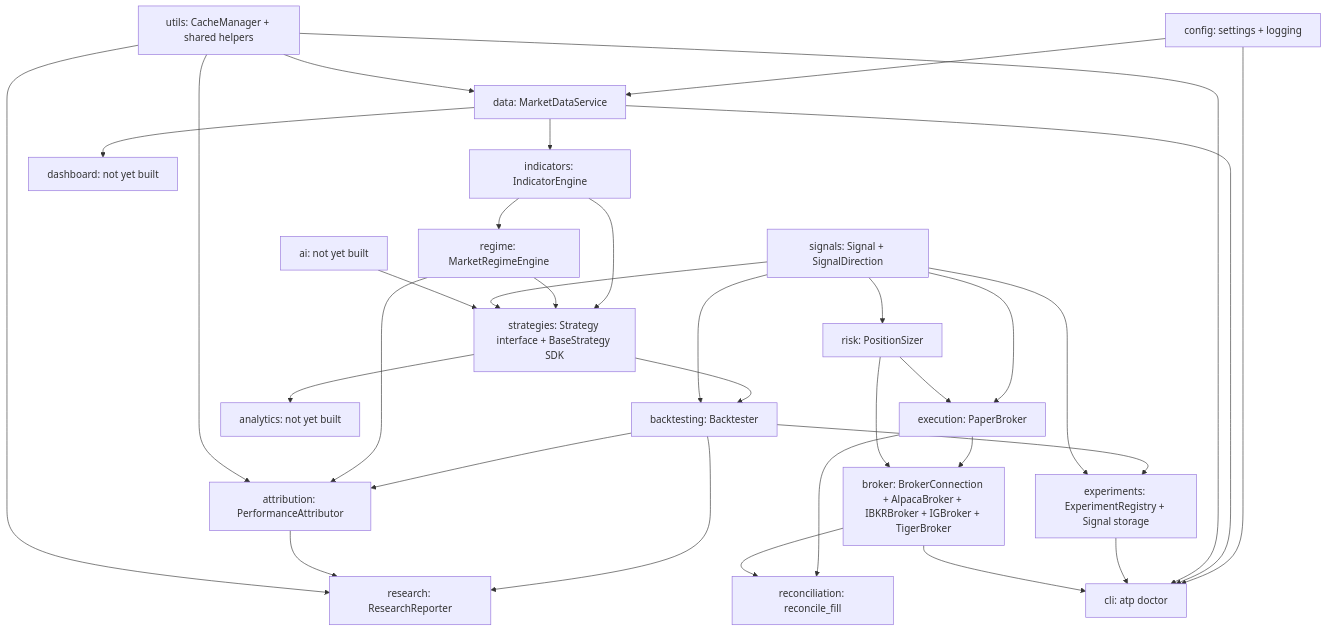
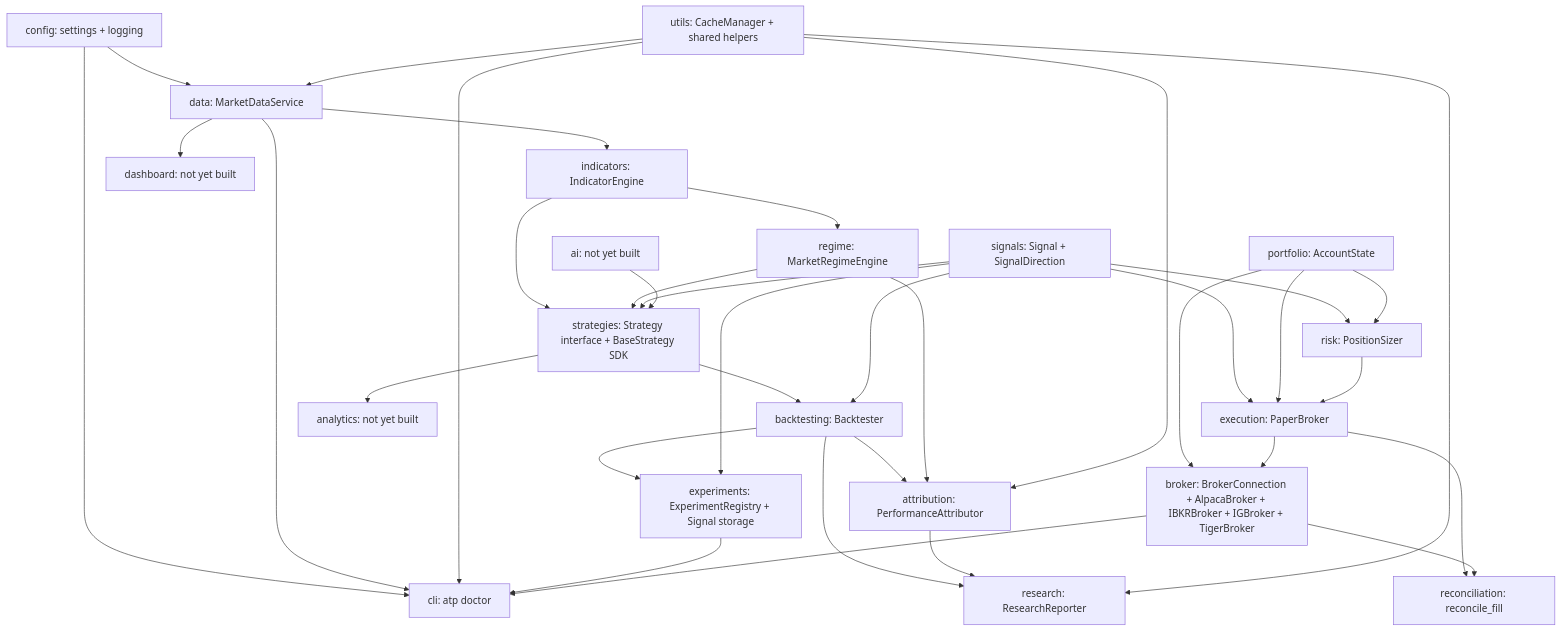
One commit to grow-op-nasa/ai-trading-platform changed the diagram in ARCHITECTURE.md. Above: the diagram before and after it, drawn with Mermaid. The commit also changed other lines of this file and 39 other files, not shown here.

First line of the commit message:
Pre-Sprint 6: architecture review cleanup

````diff
--- a/ARCHITECTURE.md
+++ b/ARCHITECTURE.md
@@ -14,55 +14,58 @@
 ```mermaid
 graph TD
     config[config: settings + logging]
     utils[utils: CacheManager + shared helpers]
     data[data: MarketDataService]
     indicators[indicators: IndicatorEngine]
     regime[regime: MarketRegimeEngine]
     signals[signals: Signal + SignalDirection]
     strategies[strategies: Strategy interface + BaseStrategy SDK]
     backtesting[backtesting: Backtester]
     attribution[attribution: PerformanceAttributor]
     experiments[experiments: ExperimentRegistry + Signal storage]
     research[research: ResearchReporter]
+    portfolio[portfolio: AccountState]
     risk[risk: PositionSizer]
     execution[execution: PaperBroker]
     broker[broker: BrokerConnection + AlpacaBroker + IBKRBroker + IGBroker + TigerBroker]
     reconciliation[reconciliation: reconcile_fill]
     analytics[analytics: not yet built]
     ai[ai: not yet built]
     dashboard[dashboard: not yet built]
     cli[cli: atp doctor]
 
     config --> data
     utils --> data
     data --> indicators
     indicators --> regime
     indicators --> strategies
     regime --> strategies
     signals --> strategies
     strategies --> backtesting
     signals --> backtesting
     backtesting --> experiments
     signals --> experiments
     backtesting --> attribution
     regime --> attribution
     utils --> attribution
     backtesting --> research
     attribution --> research
     utils --> research
     signals --> risk
     signals --> execution
+    portfolio --> risk
+    portfolio --> execution
+    portfolio --> broker
     risk --> execution
     execution --> broker
-    risk --> broker
     execution --> reconciliation
     broker --> reconciliation
     strategies --> analytics
     data --> dashboard
     ai --> strategies
     config --> cli
     data --> cli
     utils --> cli
     experiments --> cli
     broker --> cli
 ```
````
